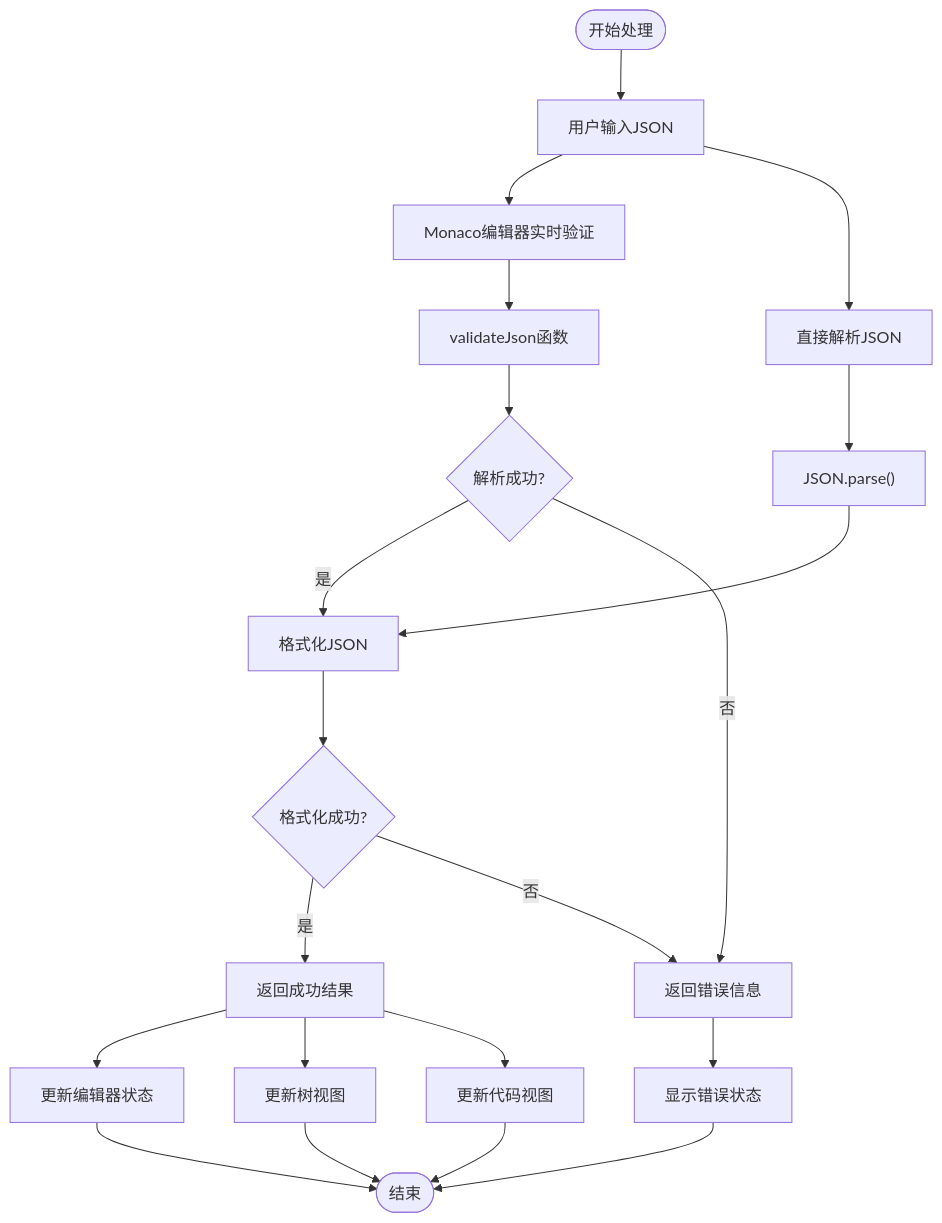
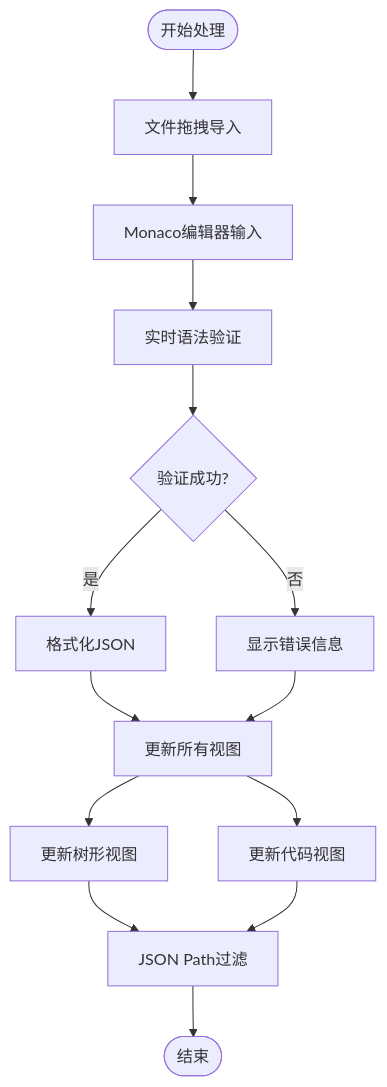
One commit to sgyy/privadeck changed the third of 4 diagrams in .qoder/repowiki/zh/content/开发者工具/JSON格式化工具.md. Above: the diagram before and after it, drawn with Mermaid. The commit also changed other lines of this file and 23 other files, not shown here.

````diff
--- a/.qoder/repowiki/zh/content/开发者工具/JSON格式化工具.md
+++ b/.qoder/repowiki/zh/content/开发者工具/JSON格式化工具.md
@@ -235,23 +211,16 @@
 ```mermaid
 flowchart TD
-Start([开始处理]) --> Input["用户输入JSON"]
-Input --> Monaco["Monaco编辑器实时验证"]
-Input --> DirectParse["直接解析JSON"]
-Monaco --> Validate["validateJson函数"]
-DirectParse --> Parse["JSON.parse()"]
-Validate --> ParseSuccess{"解析成功?"}
-ParseSuccess --> |是| Format["格式化JSON"]
-ParseSuccess --> |否| ErrorReturn["返回错误信息"]
-Parse --> Format
-Format --> FormatSuccess{"格式化成功?"}
-FormatSuccess --> |是| SuccessReturn["返回成功结果"]
-FormatSuccess --> |否| ErrorReturn
-SuccessReturn --> MonacoUpdate["更新编辑器状态"]
-SuccessReturn --> TreeUpdate["更新树视图"]
-SuccessReturn --> CodeUpdate["更新代码视图"]
-ErrorReturn --> MonacoError["显示错误状态"]
-MonacoUpdate --> End([结束])
-TreeUpdate --> End
-CodeUpdate --> End
-MonacoError --> End
+Start([开始处理]) --> FileDrop["文件拖拽导入"]
+FileDrop --> MonacoInput["Monaco编辑器输入"]
+MonacoInput --> RealTimeValidate["实时语法验证"]
+RealTimeValidate --> ValidateSuccess{"验证成功?"}
+ValidateSuccess --> |是| Format["格式化JSON"]
+ValidateSuccess --> |否| ShowError["显示错误信息"]
+Format --> UpdateViews["更新所有视图"]
+ShowError --> UpdateViews
+UpdateViews --> TreeView["更新树形视图"]
+UpdateViews --> CodeView["更新代码视图"]
+TreeView --> JSONPathFilter["JSON Path过滤"]
+CodeView --> JSONPathFilter
+JSONPathFilter --> End([结束])
 ```
````
